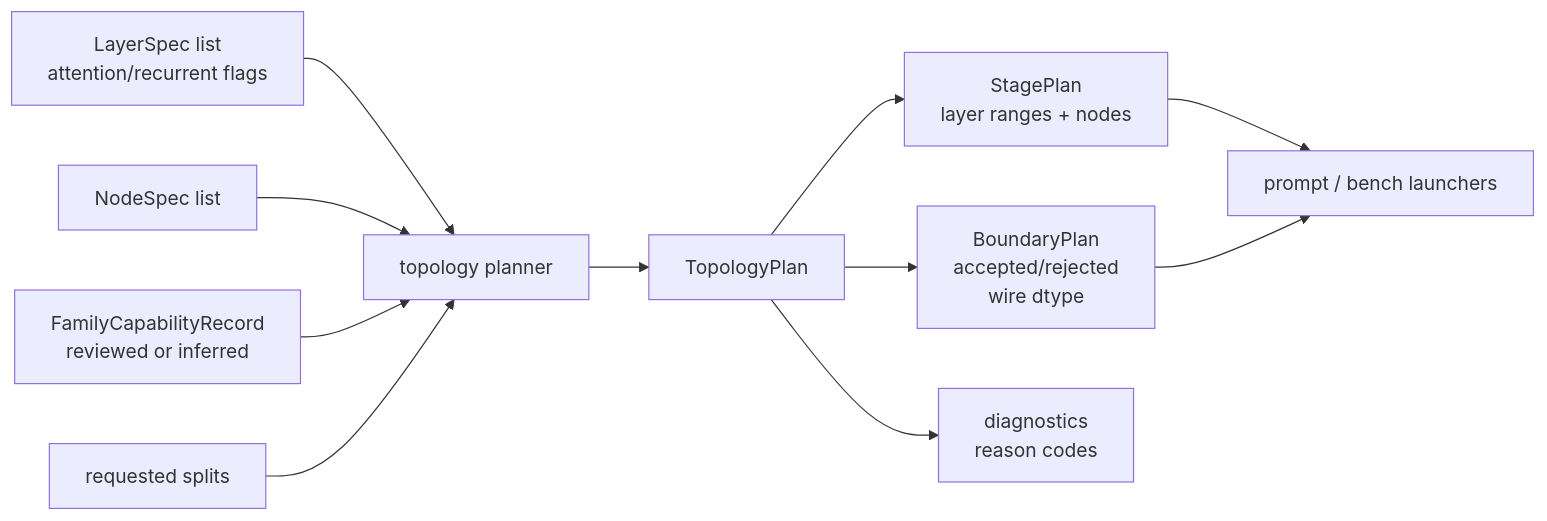
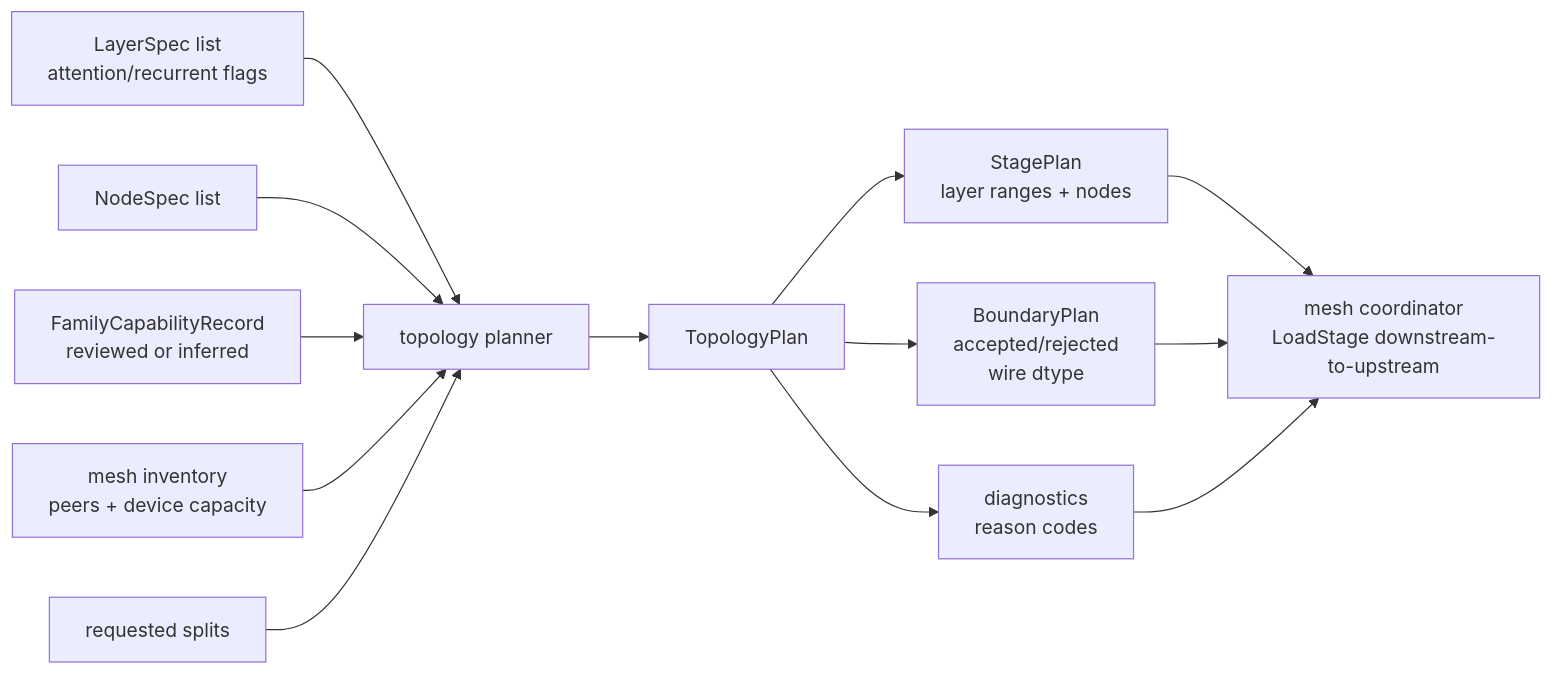
One commit to michaelneale/mesh-llm changed the first of 2 diagrams in crates/skippy-topology/README.md. Above: the diagram before and after it, drawn with Mermaid. The commit also changed other lines of this file and 16 other files, not shown here.

Commit message:
Refactor documentation across crates for mesh-driven architecture, OpenAI API integration, and staged runtime updates.

````diff
--- a/crates/skippy-topology/README.md
+++ b/crates/skippy-topology/README.md
@@ -16,13 +17,15 @@
 ```mermaid
 flowchart LR
     L["LayerSpec list<br/>attention/recurrent flags"] --> P["topology planner"]
     N["NodeSpec list"] --> P
     F["FamilyCapabilityRecord<br/>reviewed or inferred"] --> P
+    I["mesh inventory<br/>peers + device capacity"] --> P
     S["requested splits"] --> P
     P --> Plan["TopologyPlan"]
     Plan --> Stages["StagePlan<br/>layer ranges + nodes"]
     Plan --> Bounds["BoundaryPlan<br/>accepted/rejected<br/>wire dtype"]
     Plan --> Diag["diagnostics<br/>reason codes"]
-    Stages --> Launch["prompt / bench launchers"]
-    Bounds --> Launch
+    Stages --> Mesh["mesh coordinator<br/>LoadStage downstream-to-upstream"]
+    Bounds --> Mesh
+    Diag --> Mesh
 ```
````
